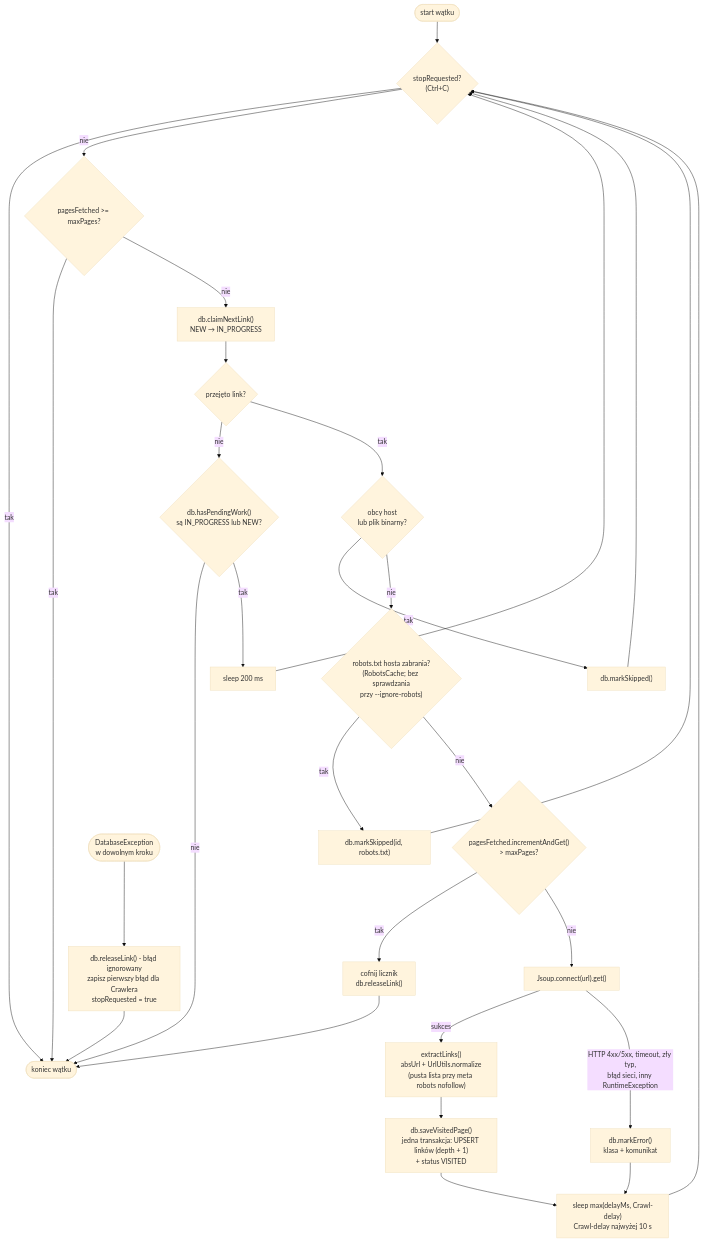
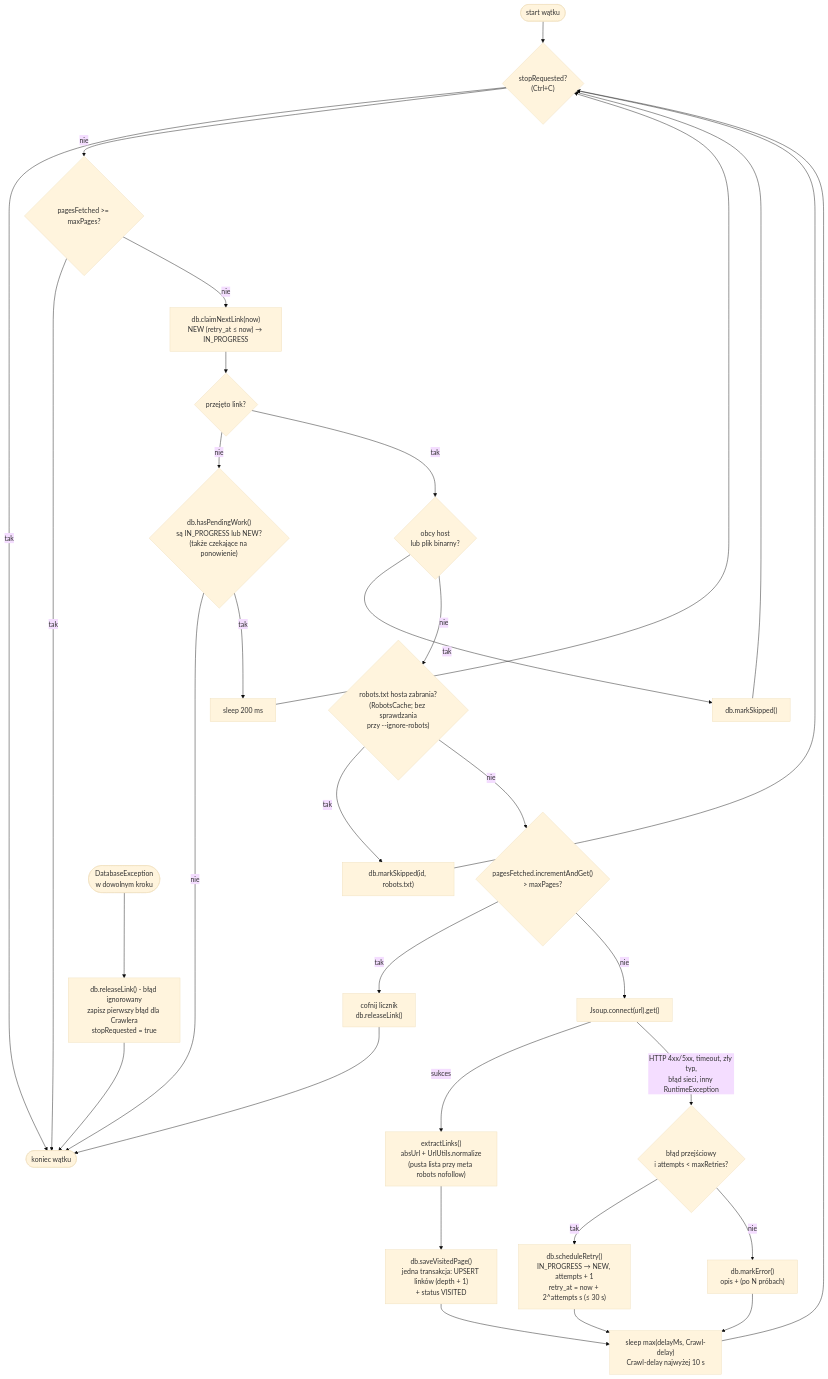
The second of 2 diagrams in README.md (maciejHash/WebCrawler), drawn with Mermaid (base theme) before and after one commit. The commit also changed other lines of this file and 14 other files, not shown here.

Commit message:
Adding retries for transient fetch errors (timeouts, refused connections, HTTP 429/5xx) with exponential backoff, --retries option and schema migration 2 (attempts, retry_at)

````diff
--- a/README.md
+++ b/README.md
@@ -276,27 +331,30 @@
 ```mermaid
 flowchart TD
     start([start wątku]) --> stop{"stopRequested?<br/>(Ctrl+C)"}
     stop -- tak --> finish([koniec wątku])
     stop -- nie --> limit{"pagesFetched >= maxPages?"}
     limit -- tak --> finish
-    limit -- nie --> claim["db.claimNextLink()<br/>NEW → IN_PROGRESS"]
+    limit -- nie --> claim["db.claimNextLink(now)<br/>NEW (retry_at ≤ now) → IN_PROGRESS"]
     claim --> claimed{przejęto link?}
-    claimed -- nie --> pending{"db.hasPendingWork()<br/>są IN_PROGRESS lub NEW?"}
+    claimed -- nie --> pending{"db.hasPendingWork()<br/>są IN_PROGRESS lub NEW?<br/>(także czekające na ponowienie)"}
     pending -- nie --> finish
     pending -- tak --> wait["sleep 200 ms"] --> stop
     claimed -- tak --> skip{"obcy host<br/>lub plik binarny?"}
     skip -- tak --> skipped["db.markSkipped()"] --> stop
     skip -- nie --> robots{"robots.txt hosta zabrania?<br/>(RobotsCache; bez sprawdzania<br/>przy --ignore-robots)"}
     robots -- tak --> robotsSkipped["db.markSkipped(id, robots.txt)"] --> stop
     robots -- nie --> reserve{"pagesFetched.incrementAndGet()<br/>> maxPages?"}
     reserve -- tak --> release["cofnij licznik<br/>db.releaseLink()"] --> finish
     reserve -- nie --> fetch["Jsoup.connect(url).get()"]
     fetch -- sukces --> extract["extractLinks()<br/>absUrl + UrlUtils.normalize<br/>(pusta lista przy meta robots nofollow)"]
     extract --> visited["db.saveVisitedPage()<br/>jedna transakcja: UPSERT linków (depth + 1)<br/>+ status VISITED"]
-    fetch -- "HTTP 4xx/5xx, timeout, zły typ,<br/>błąd sieci, inny RuntimeException" --> error["db.markError()<br/>klasa + komunikat"]
+    fetch -- "HTTP 4xx/5xx, timeout, zły typ,<br/>błąd sieci, inny RuntimeException" --> transient{"błąd przejściowy<br/>i attempts #lt; maxRetries?"}
+    transient -- tak --> retry["db.scheduleRetry()<br/>IN_PROGRESS → NEW, attempts + 1<br/>retry_at = now + 2^attempts s (≤ 30 s)"]
+    transient -- nie --> error["db.markError()<br/>opis + (po N próbach)"]
     visited --> delay["sleep max(delayMs, Crawl-delay)<br/>Crawl-delay najwyżej 10 s"]
+    retry --> delay
     error --> delay
     delay --> stop
     dberr(["DatabaseException<br/>w dowolnym kroku"]) --> dbstop["db.releaseLink() - błąd ignorowany<br/>zapisz pierwszy błąd dla Crawlera<br/>stopRequested = true"]
     dbstop --> finish
 ```
````
